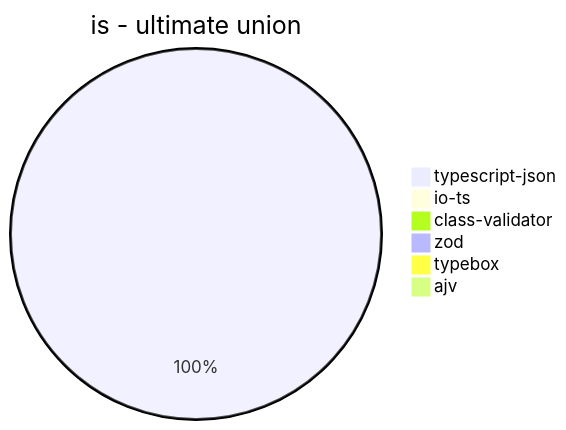
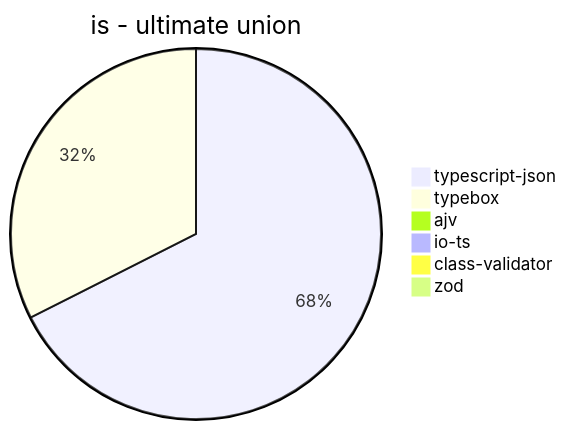
One commit to samchon/typia changed the eighth of 39 diagrams in benchmark/results/AMD Ryzen 7 5800H with Radeon Graphics.md. Above: the diagram before and after it, drawn with Mermaid. The commit also changed other lines of this file and 7 other files, not shown here.

````diff
--- a/benchmark/results/AMD Ryzen 7 5800H with Radeon Graphics.md
+++ b/benchmark/results/AMD Ryzen 7 5800H with Radeon Graphics.md
@@ -98,9 +98,9 @@
 ```mermaid
 pie title is - ultimate union
-  "typescript-json": 633.8002211573903
+  "typescript-json": 570.6628551009469
+  "typebox": 274.05710257314064
+  "ajv": 0
   "io-ts": 0
   "class-validator": 0
-  "zod": 0.3471619510501649
-  "typebox": 0
-  "ajv": 0
+  "zod": 0.35069261792039275
 ```
````
